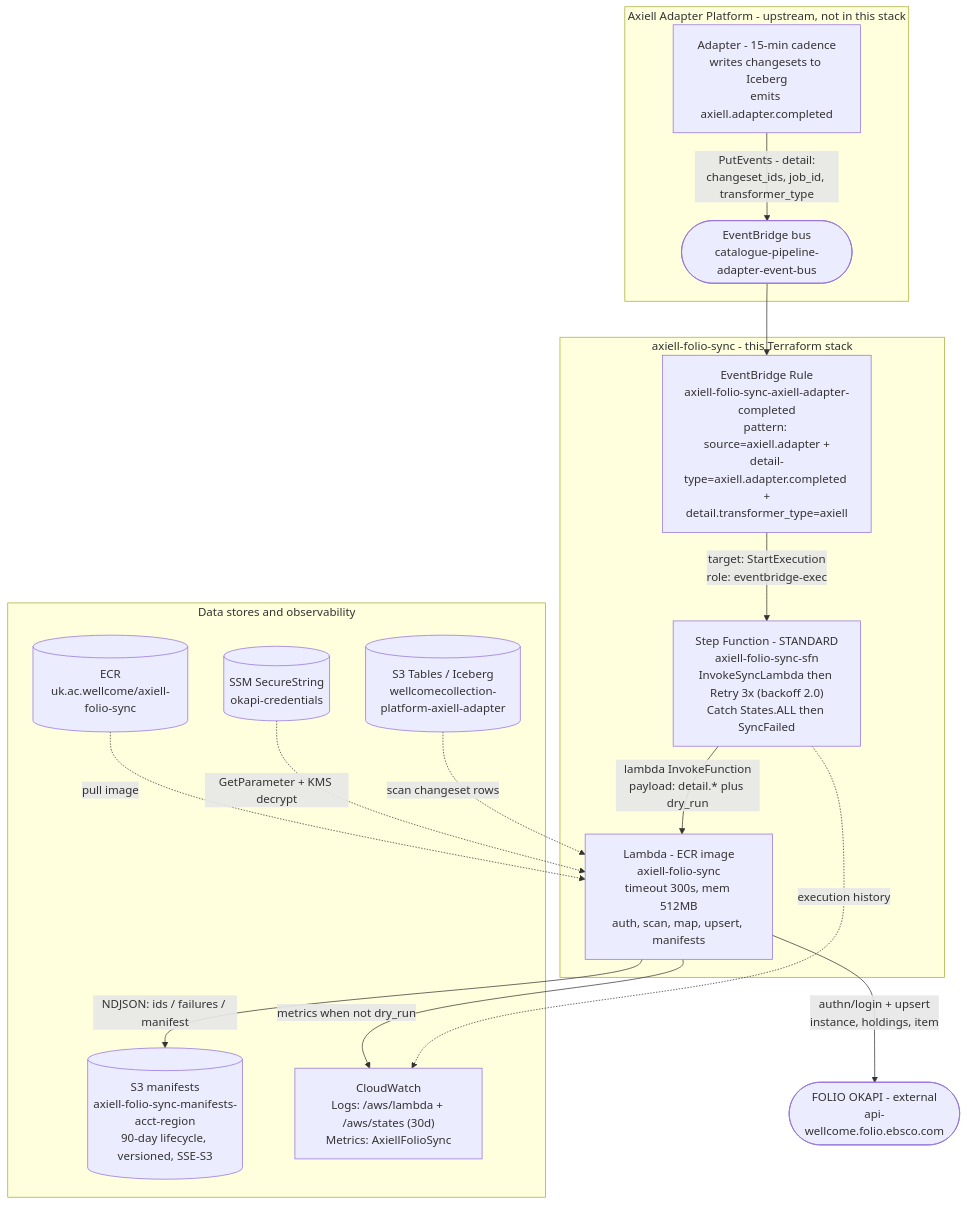
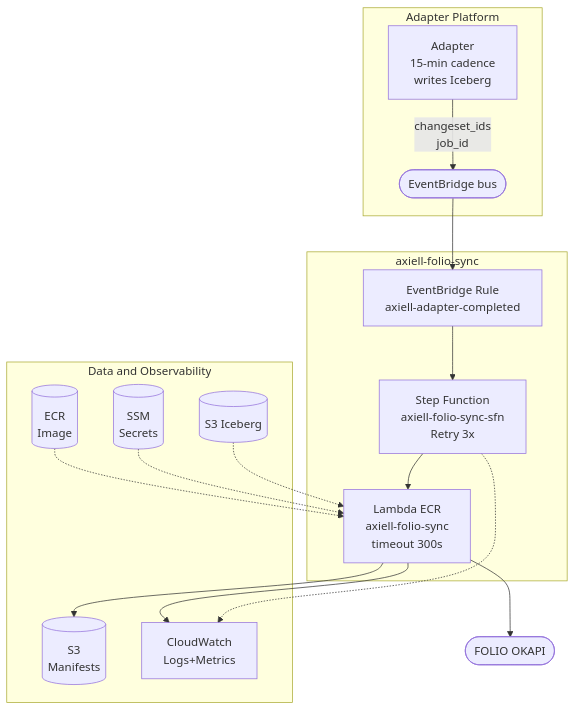
Before and after one commit to wellcomecollection/docs: the fifth of 6 diagrams in rfcs/090-axiell-folio-sync/README.md, drawn with Mermaid. The commit also changed other lines of this file, not shown here.

Commit message:
Fix mermaid diagrams and clarify Axiell Location

````diff
--- a/rfcs/090-axiell-folio-sync/README.md
+++ b/rfcs/090-axiell-folio-sync/README.md
@@ -354,36 +347,36 @@
 ```mermaid
 flowchart TD
-    subgraph upstream["Axiell Adapter Platform - upstream, not in this stack"]
-        adapter["Adapter - 15-min cadence<br/>writes changesets to Iceberg<br/>emits axiell.adapter.completed"]
-        bus(["EventBridge bus<br/>catalogue-pipeline-adapter-event-bus"])
-        adapter -->|"PutEvents - detail:<br/>changeset_ids, job_id, transformer_type"| bus
+    subgraph upstream["Adapter Platform"]
+        adapter["Adapter<br/>15-min cadence<br/>writes Iceberg"]
+        bus(["EventBridge bus"])
+        adapter -->|"changeset_ids<br/>job_id"| bus
     end
 
-    subgraph sync["axiell-folio-sync - this Terraform stack"]
-        rule["EventBridge Rule<br/>axiell-folio-sync-axiell-adapter-completed<br/>pattern: source=axiell.adapter +<br/>detail-type=axiell.adapter.completed +<br/>detail.transformer_type=axiell"]
-        sfn["Step Function - STANDARD<br/>axiell-folio-sync-sfn<br/>InvokeSyncLambda then Retry 3x (backoff 2.0)<br/>Catch States.ALL then SyncFailed"]
-        lambda["Lambda - ECR image<br/>axiell-folio-sync<br/>timeout 300s, mem 512MB<br/>auth, scan, map, upsert, manifests"]
-        rule -->|"target: StartExecution<br/>role: eventbridge-exec"| sfn
-        sfn -->|"lambda InvokeFunction<br/>payload: detail.* plus dry_run"| lambda
+    subgraph sync["axiell-folio-sync"]
+        rule["EventBridge Rule<br/>axiell-adapter-completed"]
+        sfn["Step Function<br/>axiell-folio-sync-sfn<br/>Retry 3x"]
+        lambda["Lambda ECR<br/>axiell-folio-sync<br/>timeout 300s"]
+        rule --> sfn
+        sfn --> lambda
     end
 
     bus --> rule
 
-    subgraph data["Data stores and observability"]
-        ssm[("SSM SecureString<br/>okapi-credentials")]
-        iceberg[("S3 Tables / Iceberg<br/>wellcomecollection-platform-axiell-adapter")]
-        ecr[("ECR<br/>uk.ac.wellcome/axiell-folio-sync")]
-        s3man[("S3 manifests<br/>axiell-folio-sync-manifests-acct-region<br/>90-day lifecycle, versioned, SSE-S3")]
-        cw["CloudWatch<br/>Logs: /aws/lambda + /aws/states (30d)<br/>Metrics: AxiellFolioSync"]
+    subgraph data["Data and Observability"]
+        ssm[("SSM<br/>Secrets")]
+        iceberg[("S3 Iceberg")]
+        ecr[("ECR<br/>Image")]
+        s3man[("S3<br/>Manifests")]
+        cw["CloudWatch<br/>Logs+Metrics"]
     end
 
-    folio(["FOLIO OKAPI - external<br/>api-wellcome.folio.ebsco.com"])
+    folio(["FOLIO OKAPI"])
 
-    ecr -.->|"pull image"| lambda
-    ssm -.->|"GetParameter + KMS decrypt"| lambda
-    iceberg -.->|"scan changeset rows"| lambda
-    lambda -->|"authn/login + upsert<br/>instance, holdings, item"| folio
-    lambda -->|"NDJSON: ids / failures / manifest"| s3man
-    lambda -->|"metrics when not dry_run"| cw
-    sfn -.->|"execution history"| cw
+    ecr -.-> lambda
+    ssm -.-> lambda
+    iceberg -.-> lambda
+    lambda --> folio
+    lambda --> s3man
+    lambda --> cw
+    sfn -.-> cw
 ```
````
